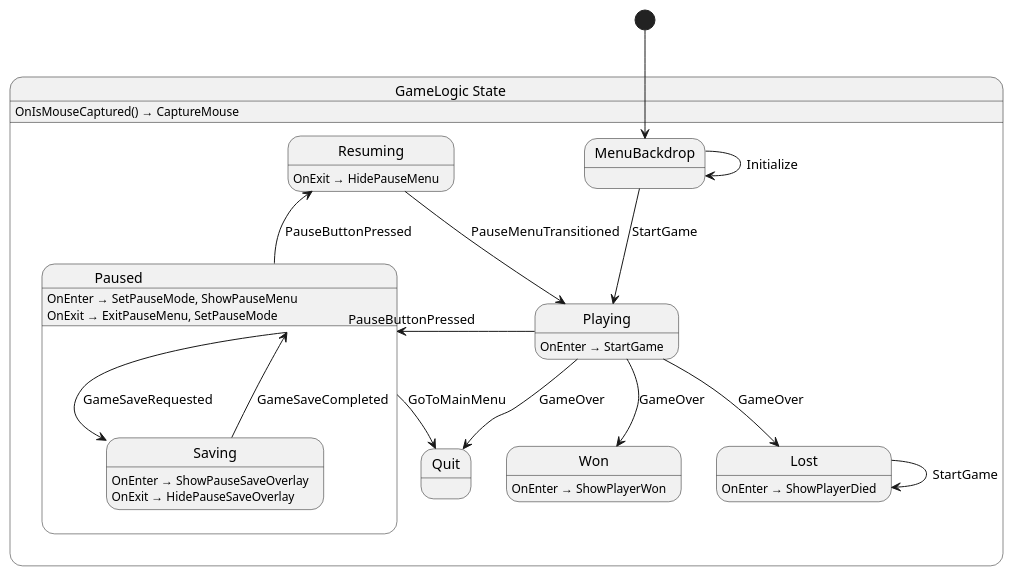
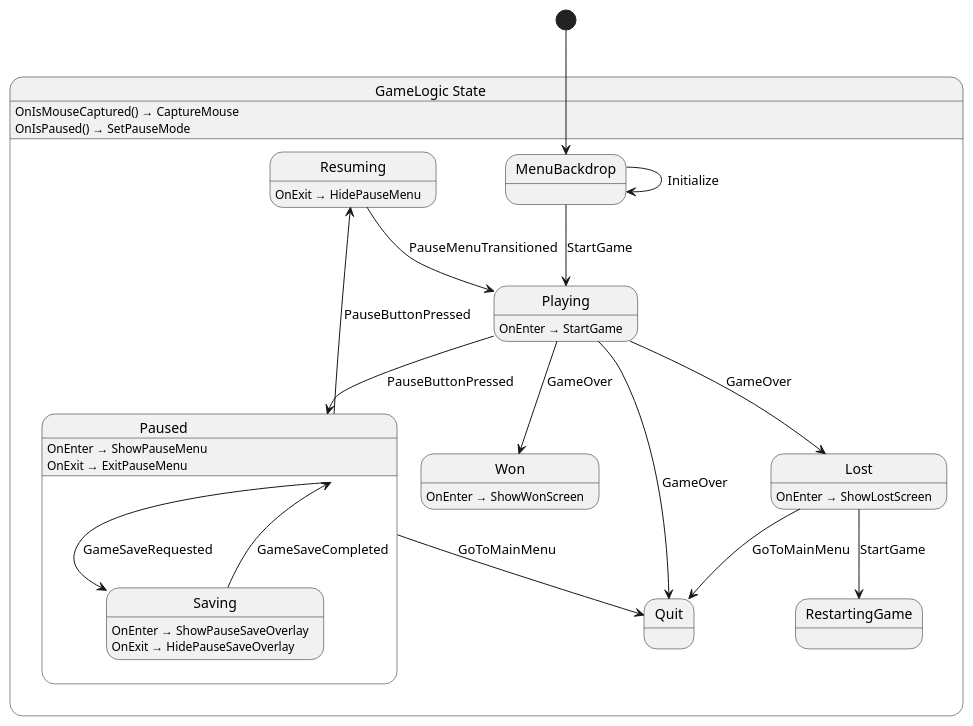
Before and after one commit to chickensoft-games/GameDemo: the diagram in src/game/state/GameLogic.g.puml, drawn with PlantUML. The commit also changed 27 other files, not shown here.

Commit message:
refactor: repair going back to menu and restarting game behaviors

```diff
--- a/src/game/state/GameLogic.g.puml
+++ b/src/game/state/GameLogic.g.puml
@@ -1,42 +1,45 @@
 @startuml GameLogic
 state "GameLogic State" as GameDemo_GameLogic_State {
   state "Lost" as GameDemo_GameLogic_State_Lost {
-    GameDemo_GameLogic_State_Lost : OnEnter → ShowPlayerDied
+    GameDemo_GameLogic_State_Lost : OnEnter → ShowLostScreen
   }
   state "MenuBackdrop" as GameDemo_GameLogic_State_MenuBackdrop
   state "Paused" as GameDemo_GameLogic_State_Paused {
     state "Saving" as GameDemo_GameLogic_State_Saving {
       GameDemo_GameLogic_State_Saving : OnEnter → ShowPauseSaveOverlay
       GameDemo_GameLogic_State_Saving : OnExit → HidePauseSaveOverlay
     }
-    GameDemo_GameLogic_State_Paused : OnEnter → SetPauseMode, ShowPauseMenu
-    GameDemo_GameLogic_State_Paused : OnExit → ExitPauseMenu, SetPauseMode
+    GameDemo_GameLogic_State_Paused : OnEnter → ShowPauseMenu
+    GameDemo_GameLogic_State_Paused : OnExit → ExitPauseMenu
   }
   state "Playing" as GameDemo_GameLogic_State_Playing {
     GameDemo_GameLogic_State_Playing : OnEnter → StartGame
   }
   state "Quit" as GameDemo_GameLogic_State_Quit
+  state "RestartingGame" as GameDemo_GameLogic_State_RestartingGame
   state "Resuming" as GameDemo_GameLogic_State_Resuming {
     GameDemo_GameLogic_State_Resuming : OnExit → HidePauseMenu
   }
   state "Won" as GameDemo_GameLogic_State_Won {
-    GameDemo_GameLogic_State_Won : OnEnter → ShowPlayerWon
+    GameDemo_GameLogic_State_Won : OnEnter → ShowWonScreen
   }
   GameDemo_GameLogic_State : OnIsMouseCaptured() → CaptureMouse
+  GameDemo_GameLogic_State : OnIsPaused() → SetPauseMode
 }
 
-GameDemo_GameLogic_State_Lost --> GameDemo_GameLogic_State_Lost : StartGame
+GameDemo_GameLogic_State_Lost --> GameDemo_GameLogic_State_Quit : GoToMainMenu
+GameDemo_GameLogic_State_Lost --> GameDemo_GameLogic_State_RestartingGame : StartGame
 GameDemo_GameLogic_State_MenuBackdrop --> GameDemo_GameLogic_State_MenuBackdrop : Initialize
 GameDemo_GameLogic_State_MenuBackdrop --> GameDemo_GameLogic_State_Playing : StartGame
 GameDemo_GameLogic_State_Paused --> GameDemo_GameLogic_State_Quit : GoToMainMenu
 GameDemo_GameLogic_State_Paused --> GameDemo_GameLogic_State_Resuming : PauseButtonPressed
 GameDemo_GameLogic_State_Paused --> GameDemo_GameLogic_State_Saving : GameSaveRequested
 GameDemo_GameLogic_State_Playing --> GameDemo_GameLogic_State_Lost : GameOver
 GameDemo_GameLogic_State_Playing --> GameDemo_GameLogic_State_Paused : PauseButtonPressed
 GameDemo_GameLogic_State_Playing --> GameDemo_GameLogic_State_Quit : GameOver
 GameDemo_GameLogic_State_Playing --> GameDemo_GameLogic_State_Won : GameOver
 GameDemo_GameLogic_State_Resuming --> GameDemo_GameLogic_State_Playing : PauseMenuTransitioned
 GameDemo_GameLogic_State_Saving --> GameDemo_GameLogic_State_Paused : GameSaveCompleted
 
 [*] --> GameDemo_GameLogic_State_MenuBackdrop
 @enduml
```
